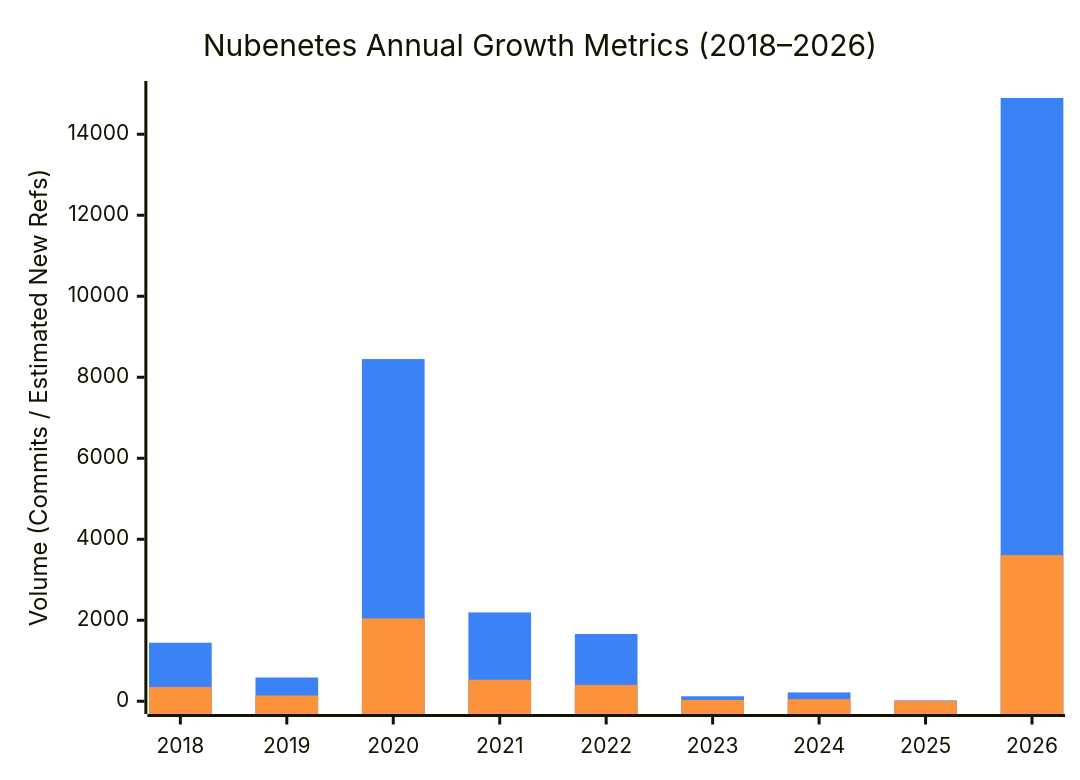
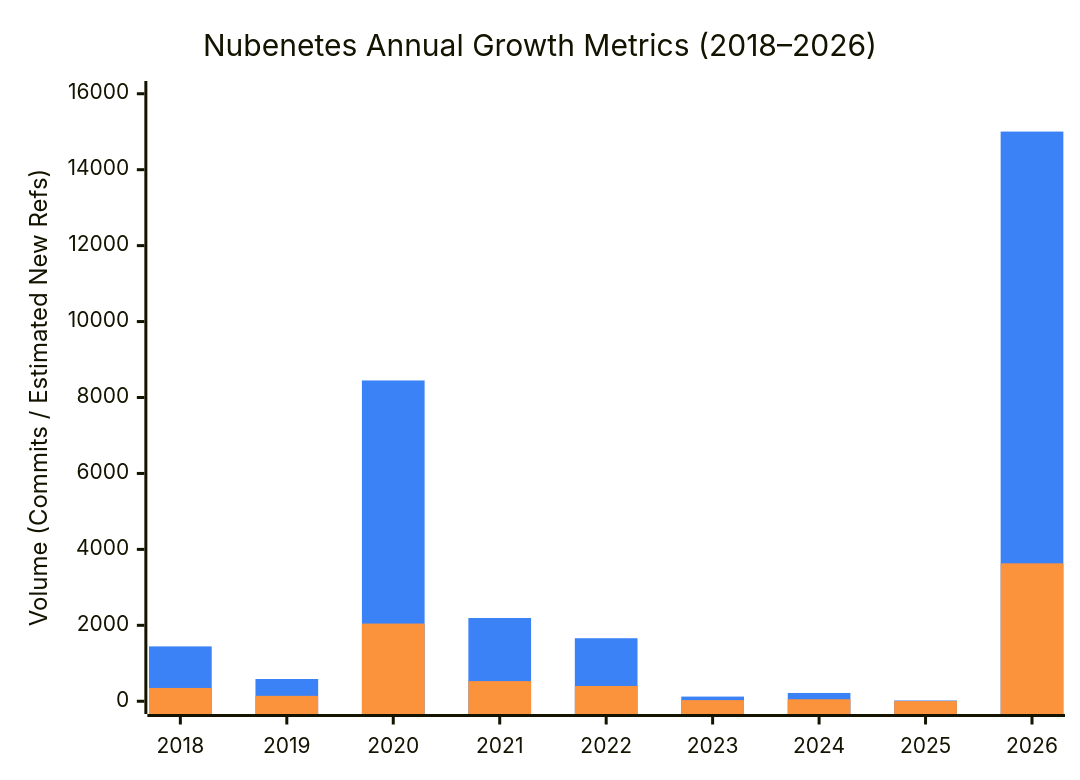
One commit to nubenetes/awesome-kubernetes changed the first of 14 diagrams in README.md. Above: the diagram before and after it, drawn with Mermaid. The commit also changed other lines of this file and 265 other files, not shown here.

````diff
--- a/README.md
+++ b/README.md
@@ -269,15 +269,15 @@
 ```mermaid
 ---
 config:
   themeVariables:
     xyChart:
       plotColorPalette: '#3b82f6, #fb923c'
   theme: mc
 ---
 xychart-beta
     title "Nubenetes Annual Growth Metrics (2018–2026)"
     x-axis ["2018", "2019", "2020", "2021", "2022", "2023", "2024", "2025", "2026"]
-    y-axis "Volume (Commits / Estimated New Refs)" 0 --> 15000
-    bar [1445, 586, 8449, 2193, 1660, 123, 218, 20, 14896]
-    bar [350, 142, 2046, 531, 402, 30, 53, 5, 3607]
+    y-axis "Volume (Commits / Estimated New Refs)" 0 --> 16000
+    bar [1445, 586, 8449, 2193, 1660, 123, 218, 20, 15004]
+    bar [350, 142, 2046, 531, 402, 30, 53, 5, 3633]
 ```
````
